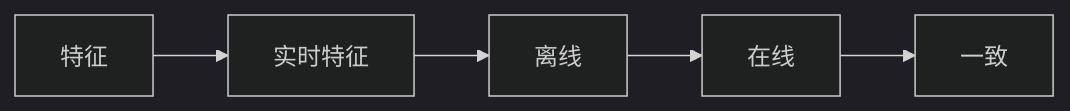
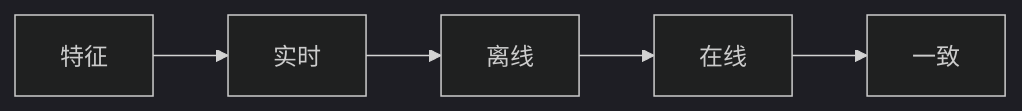
One commit to tghrxxxyyy/knowledge-base changed the diagram in 基础知识/数据架构/特征平台与实时特征.md. Above: the diagram before and after it, drawn with Mermaid (dark theme). The commit also changed other lines of this file and 385 other files, not shown here.

````diff
--- a/基础知识/数据架构/特征平台与实时特征.md
+++ b/基础知识/数据架构/特征平台与实时特征.md
@@ -19,9 +19,9 @@
 ```mermaid
 flowchart LR
     A[特征]
-    B[实时特征]
+    B[实时]
     C[离线]
     D[在线]
     E[一致]
     A --> B --> C --> D --> E
 ```
````
